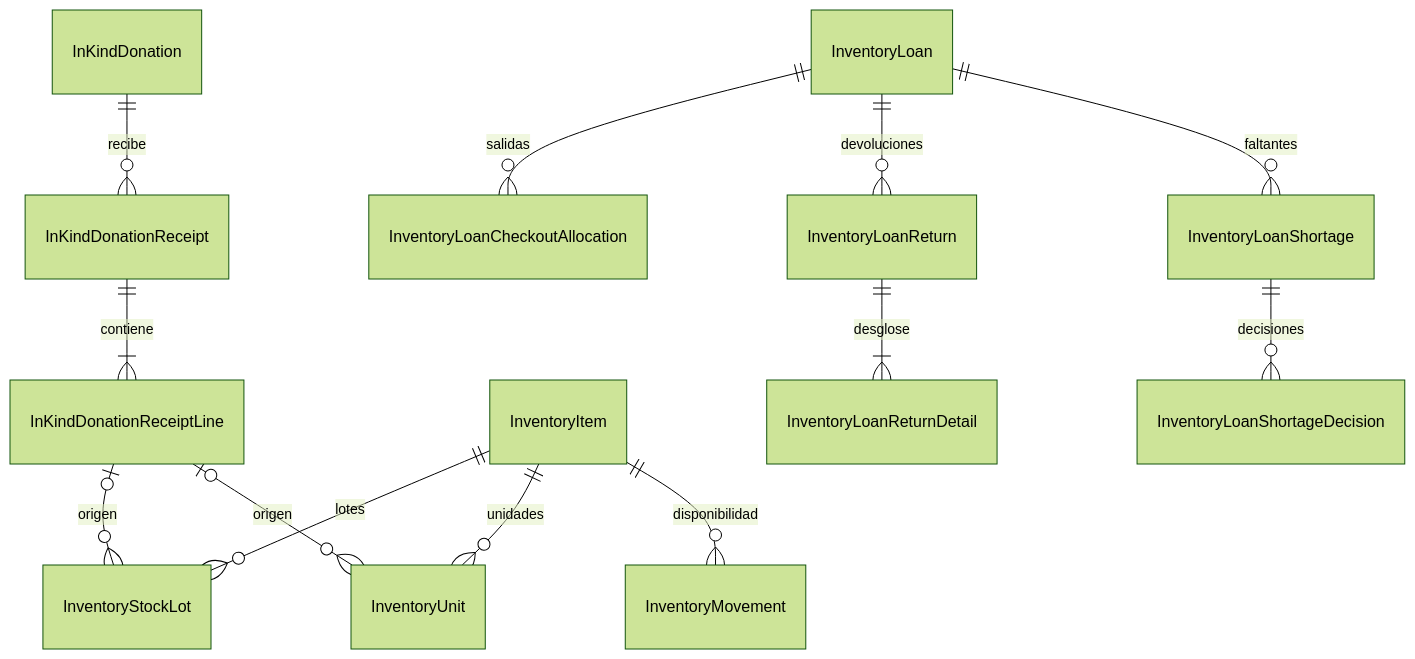
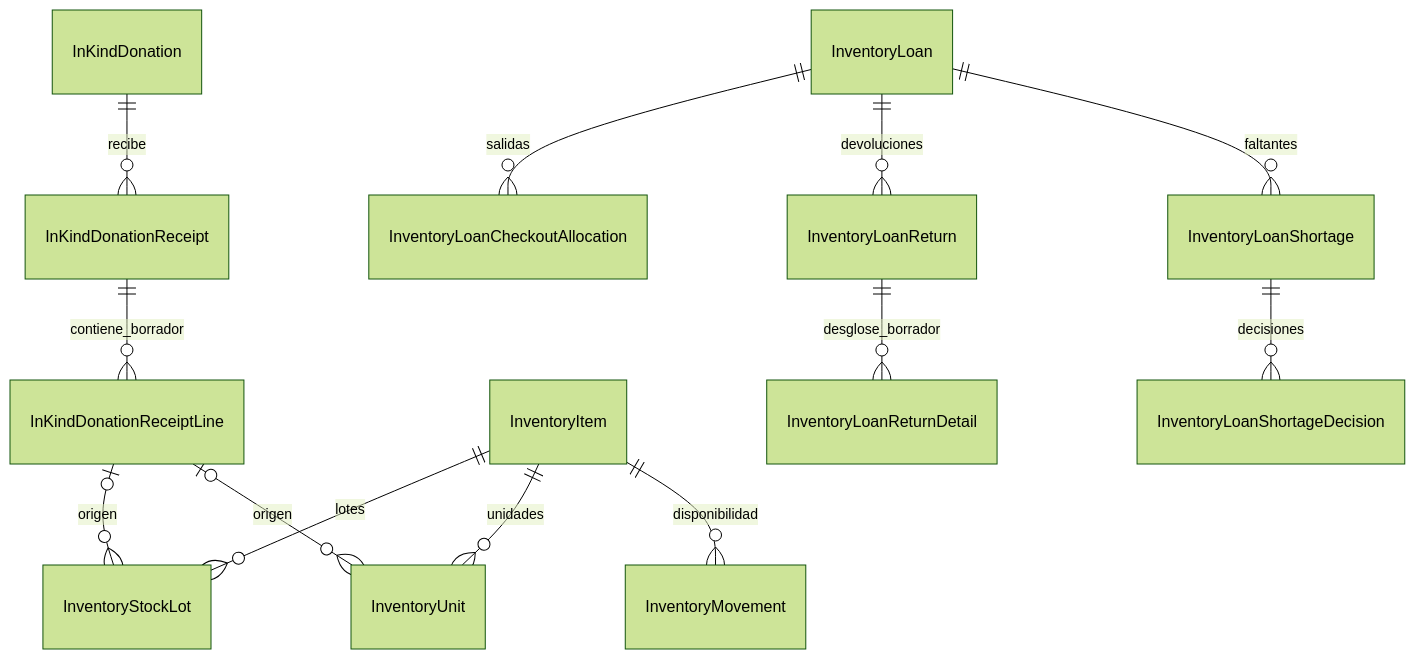
The second of 3 diagrams in docs/data/target-v2/9.4B-borrador-relacional.md (DanielMarchenaMatarrita/sgi-adi-curime-26), drawn with Mermaid (forest theme) before and after one commit. The commit also changed other lines of this file and 12 other files, not shown here.

````diff
--- a/docs/data/target-v2/9.4B-borrador-relacional.md
+++ b/docs/data/target-v2/9.4B-borrador-relacional.md
@@ -160,15 +162,15 @@
 ```mermaid
 erDiagram
     InKindDonation ||--o{ InKindDonationReceipt : recibe
-    InKindDonationReceipt ||--|{ InKindDonationReceiptLine : contiene
+    InKindDonationReceipt ||--o{ InKindDonationReceiptLine : contiene_borrador
     InventoryItem ||--o{ InventoryStockLot : lotes
     InventoryItem ||--o{ InventoryUnit : unidades
     InventoryItem ||--o{ InventoryMovement : disponibilidad
     InKindDonationReceiptLine o|--o{ InventoryStockLot : origen
     InKindDonationReceiptLine o|--o{ InventoryUnit : origen
     InventoryLoan ||--o{ InventoryLoanCheckoutAllocation : salidas
     InventoryLoan ||--o{ InventoryLoanReturn : devoluciones
-    InventoryLoanReturn ||--|{ InventoryLoanReturnDetail : desglose
+    InventoryLoanReturn ||--o{ InventoryLoanReturnDetail : desglose_borrador
     InventoryLoan ||--o{ InventoryLoanShortage : faltantes
     InventoryLoanShortage ||--o{ InventoryLoanShortageDecision : decisiones
 ```
````
